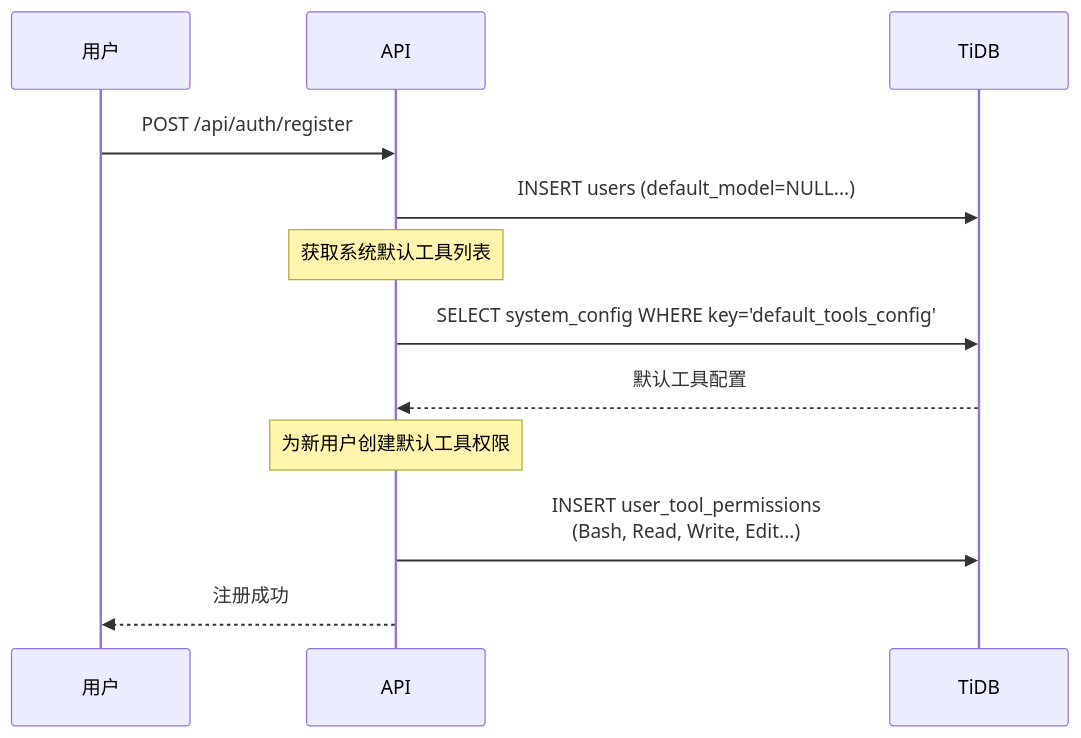
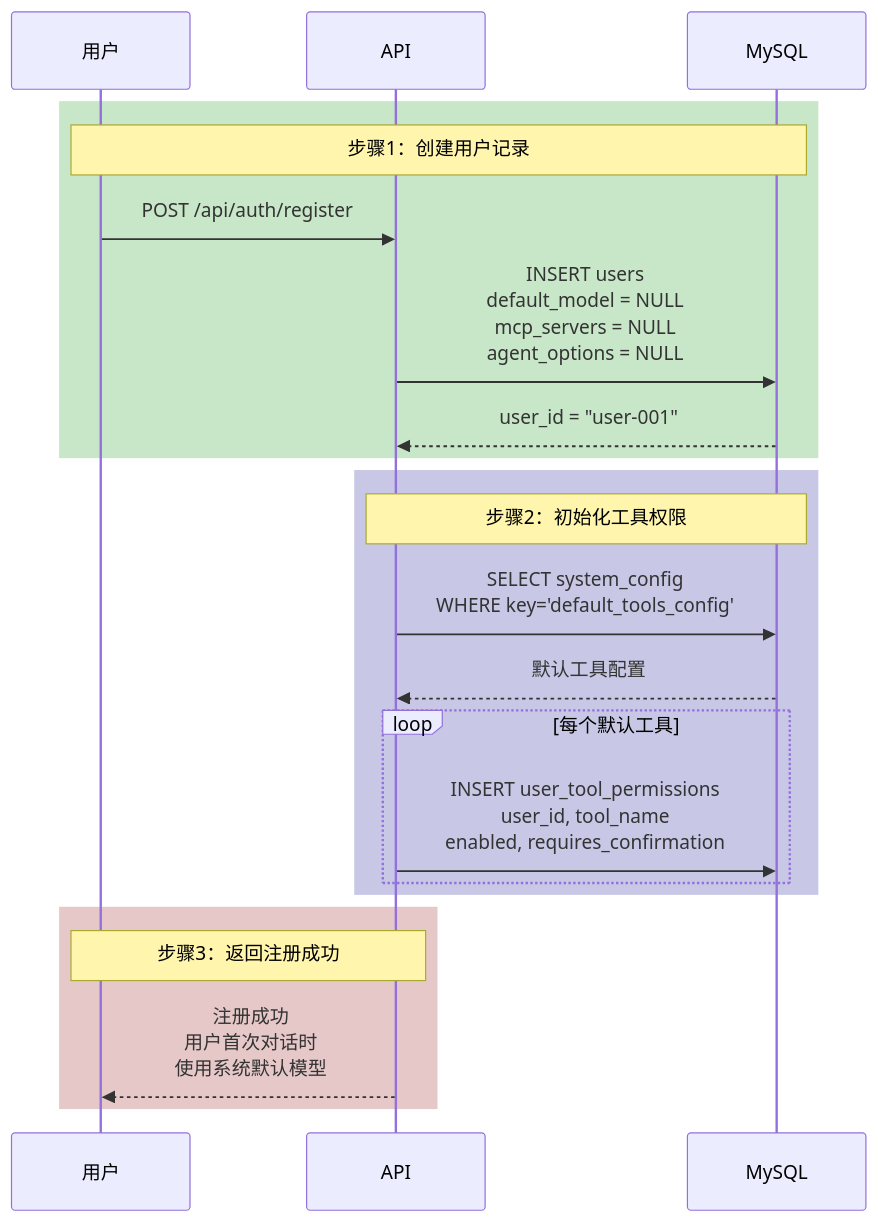
Diagram 21 of 27 in agent/agent_project_design_1.md (xiaocaipi/mm-doc), drawn with Mermaid before and after one commit. The commit also changed other lines of this file and 1 other file, not shown here.

````diff
--- a/agent/agent_project_design_1.md
+++ b/agent/agent_project_design_1.md
@@ -1064,20 +1207,28 @@
 ```mermaid
 sequenceDiagram
     participant User as 用户
     participant API as API
-    participant DB as TiDB
-
-    User->>API: POST /api/auth/register
-    API->>DB: INSERT users (default_model=NULL...)
+    participant DB as MySQL
     
-    Note over API: 获取系统默认工具列表
+    rect rgb(200, 230, 200)
+        Note over User, DB: 步骤1：创建用户记录
+        User->>API: POST /api/auth/register
+        API->>DB: INSERT users<br/>default_model = NULL<br/>mcp_servers = NULL<br/>agent_options = NULL
+        DB-->>API: user_id = "user-001"
+    end
     
-    API->>DB: SELECT system_config WHERE key='default_tools_config'
-    DB-->>API: 默认工具配置
+    rect rgb(200, 200, 230)
+        Note over API, DB: 步骤2：初始化工具权限
+        API->>DB: SELECT system_config<br/>WHERE key='default_tools_config'
+        DB-->>API: 默认工具配置
+        
+        loop 每个默认工具
+            API->>DB: INSERT user_tool_permissions<br/>user_id, tool_name<br/>enabled, requires_confirmation
+        end
+    end
     
-    Note over API: 为新用户创建默认工具权限
-    
-    API->>DB: INSERT user_tool_permissions<br/>(Bash, Read, Write, Edit...)
-    
-    API-->>User: 注册成功
+    rect rgb(230, 200, 200)
+        Note over API, User: 步骤3：返回注册成功
+        API-->>User: 注册成功<br/>用户首次对话时<br/>使用系统默认模型
+    end
 ```
````
